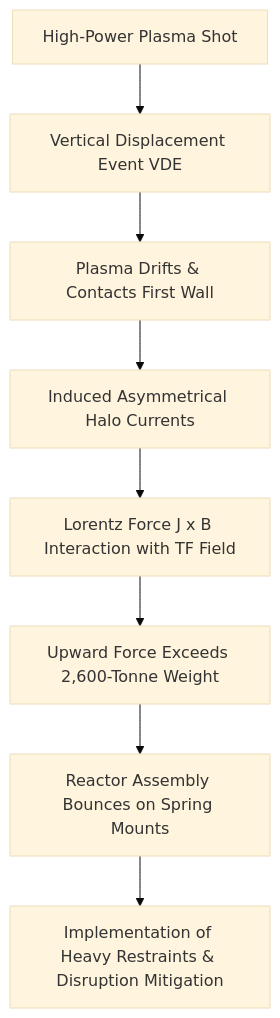
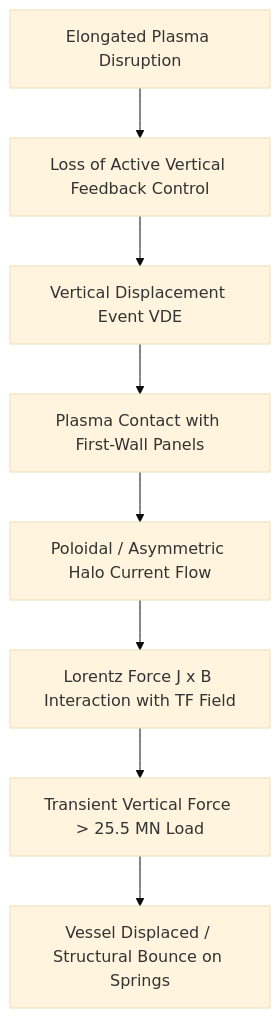
Before and after one commit to catskillsresearch/fusion_reactor_component_failures: the third of 6 diagrams in arxiv.md, drawn with Mermaid (base theme). The commit also changed other lines of this file and 13 other files, not shown here.

````diff
--- a/arxiv.md
+++ b/arxiv.md
@@ -86,10 +83,10 @@
 ```mermaid
 graph TD
-    A[High-Power Plasma Shot] --> B[Vertical Displacement Event VDE]
-    B --> C[Plasma Drifts & Contacts First Wall]
-    C --> D[Induced Asymmetrical Halo Currents]
-    D --> E[Lorentz Force J x B Interaction with TF Field]
-    E --> F[Upward Force Exceeds 2,600-Tonne Weight]
-    F --> G[Reactor Assembly Bounces on Spring Mounts]
-    G --> H[Implementation of Heavy Restraints & Disruption Mitigation]
+    A[Elongated Plasma Disruption] --> B[Loss of Active Vertical Feedback Control]
+    B --> C[Vertical Displacement Event VDE]
+    C --> D[Plasma Contact with First-Wall Panels]
+    D --> E[Poloidal / Asymmetric Halo Current Flow]
+    E --> F[Lorentz Force J x B Interaction with TF Field]
+    F --> G[Transient Vertical Force > 25.5 MN Load]
+    G --> H[Vessel Displaced / Structural Bounce on Springs]
 ```
````
